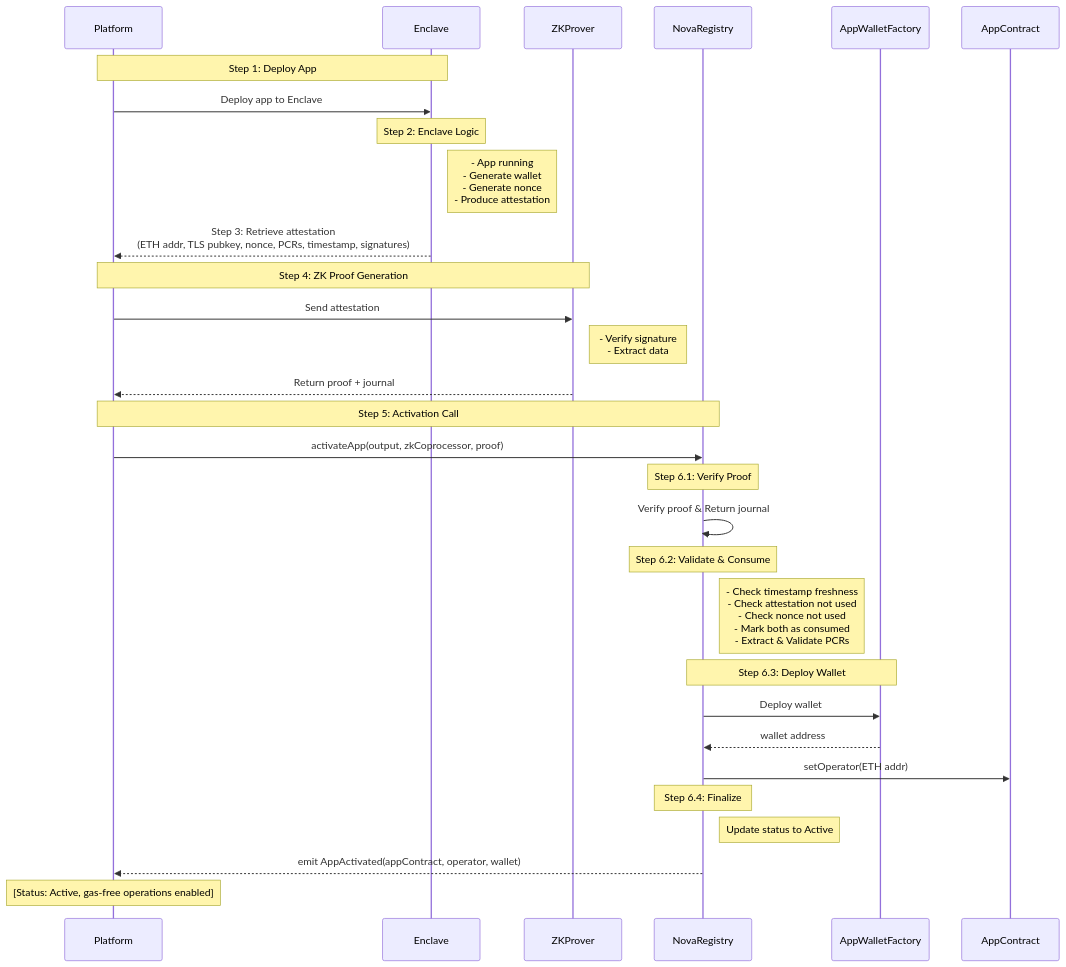
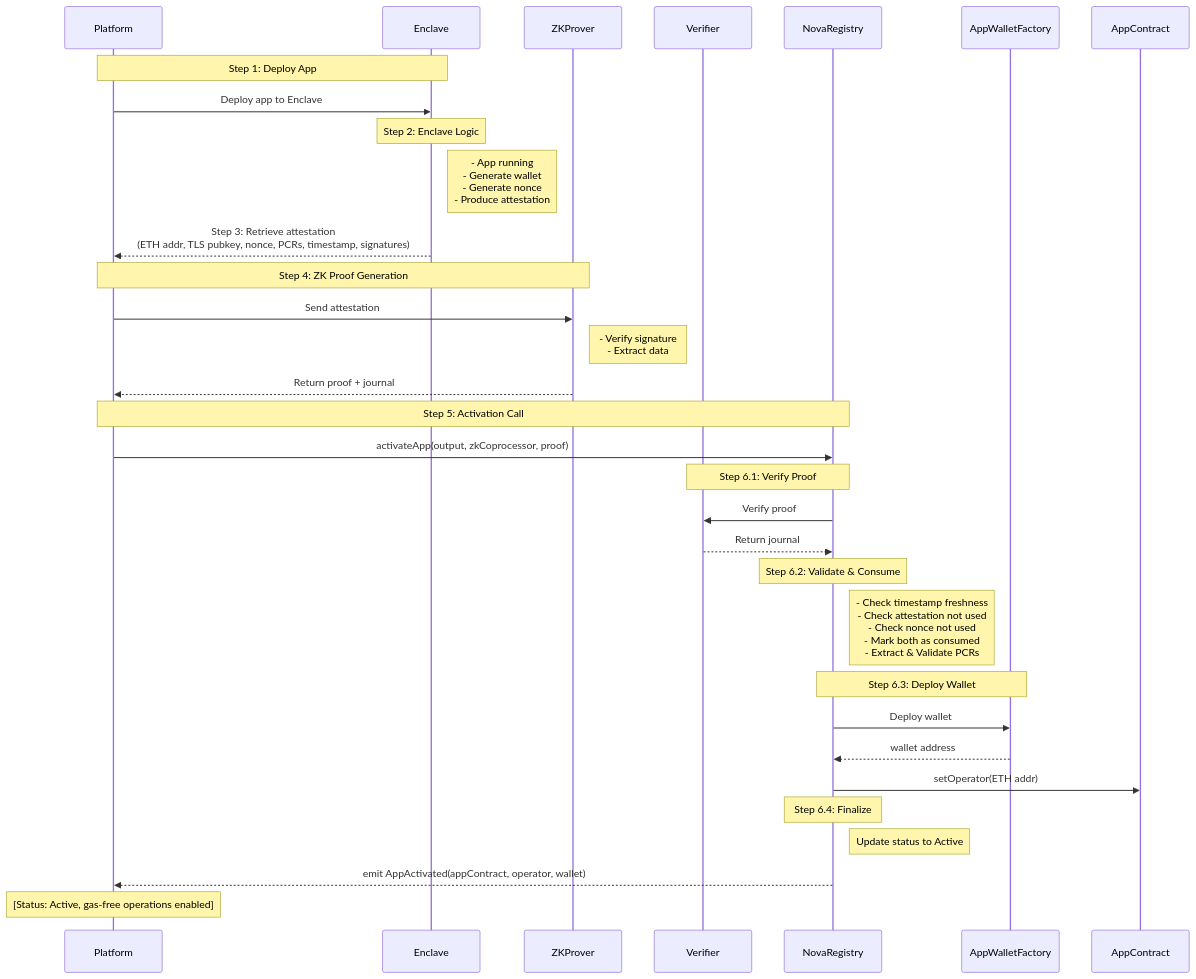
The third of 6 diagrams in docs/design-mermaid.md (zfdang/smart-contract-wallet), drawn with Mermaid before and after one commit.

Commit message:
add mermaid graph

````diff
--- a/docs/design-mermaid.md
+++ b/docs/design-mermaid.md
@@ -59,42 +59,44 @@
 ```mermaid
 sequenceDiagram
     participant Platform
     participant Enclave
     participant ZKProver
+    participant Verifier
     participant NovaRegistry
     participant AppWalletFactory
     participant AppContract
 
     Note over Platform, Enclave: Step 1: Deploy App
     Platform->>Enclave: Deploy app to Enclave
     
     Note over Enclave: Step 2: Enclave Logic
     Note right of Enclave: - App running<br/>- Generate wallet<br/>- Generate nonce<br/>- Produce attestation
 
     Enclave-->>Platform: Step 3: Retrieve attestation<br/>(ETH addr, TLS pubkey, nonce, PCRs, timestamp, signatures)
 
     Note over Platform, ZKProver: Step 4: ZK Proof Generation
     Platform->>ZKProver: Send attestation
     Note right of ZKProver: - Verify signature<br/>- Extract data
     ZKProver-->>Platform: Return proof + journal
 
     Note over Platform, NovaRegistry: Step 5: Activation Call
     Platform->>NovaRegistry: activateApp(output, zkCoprocessor, proof)
 
-    Note over NovaRegistry: Step 6.1: Verify Proof
-    NovaRegistry->>NovaRegistry: Verify proof & Return journal
+    Note over NovaRegistry, Verifier: Step 6.1: Verify Proof
+    NovaRegistry->>Verifier: Verify proof
+    Verifier-->>NovaRegistry: Return journal
 
     Note over NovaRegistry: Step 6.2: Validate & Consume
     Note right of NovaRegistry: - Check timestamp freshness<br/>- Check attestation not used<br/>- Check nonce not used<br/>- Mark both as consumed<br/>- Extract & Validate PCRs
 
     Note over NovaRegistry, AppWalletFactory: Step 6.3: Deploy Wallet
     NovaRegistry->>AppWalletFactory: Deploy wallet
     AppWalletFactory-->>NovaRegistry: wallet address
     NovaRegistry->>AppContract: setOperator(ETH addr)
 
     Note over NovaRegistry: Step 6.4: Finalize
     Note right of NovaRegistry: Update status to Active
     NovaRegistry-->>Platform: emit AppActivated(appContract, operator, wallet)
     
     Note over Platform: [Status: Active, gas-free operations enabled]
 ```
````
